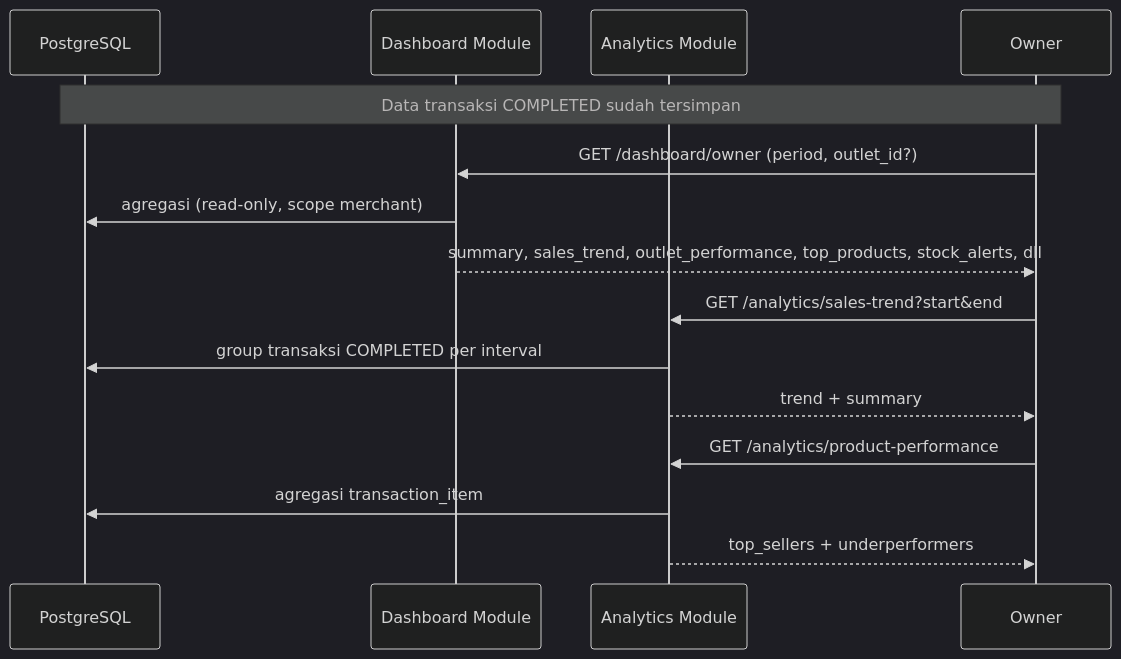
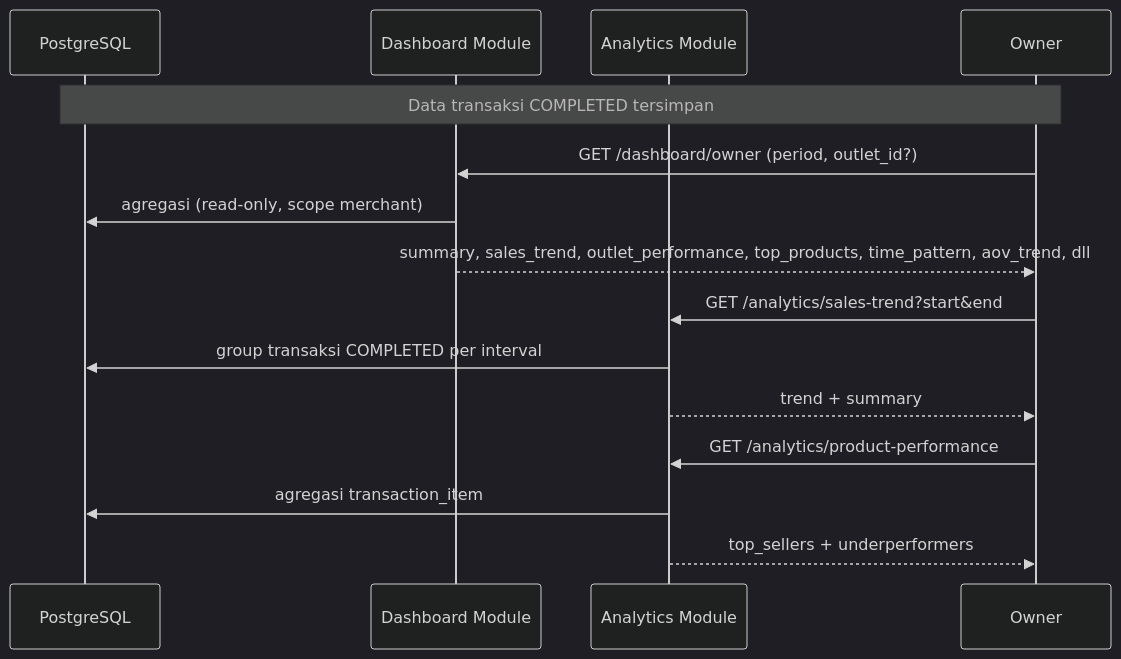
One commit to TeamOneee/pos-project-be changed the seventh of 21 diagrams in docs/system-flow.md. Above: the diagram before and after it, drawn with Mermaid (dark theme). The commit also changed other lines of this file and 9 other files, not shown here.

````diff
--- a/docs/system-flow.md
+++ b/docs/system-flow.md
@@ -158,20 +196,20 @@
 ```mermaid
 sequenceDiagram
     participant DB as PostgreSQL
     participant D as Dashboard Module
     participant An as Analytics Module
     participant Owner
 
-    Note over DB,Owner: Data transaksi COMPLETED sudah tersimpan
+    Note over DB,Owner: Data transaksi COMPLETED tersimpan
     Owner->>D: GET /dashboard/owner (period, outlet_id?)
     D->>DB: agregasi (read-only, scope merchant)
-    D-->>Owner: summary, sales_trend, outlet_performance, top_products, stock_alerts, dll
+    D-->>Owner: summary, sales_trend, outlet_performance, top_products, time_pattern, aov_trend, dll
 
     Owner->>An: GET /analytics/sales-trend?start&end
     An->>DB: group transaksi COMPLETED per interval
     An-->>Owner: trend + summary
 
     Owner->>An: GET /analytics/product-performance
     An->>DB: agregasi transaction_item
     An-->>Owner: top_sellers + underperformers
 ```
````
